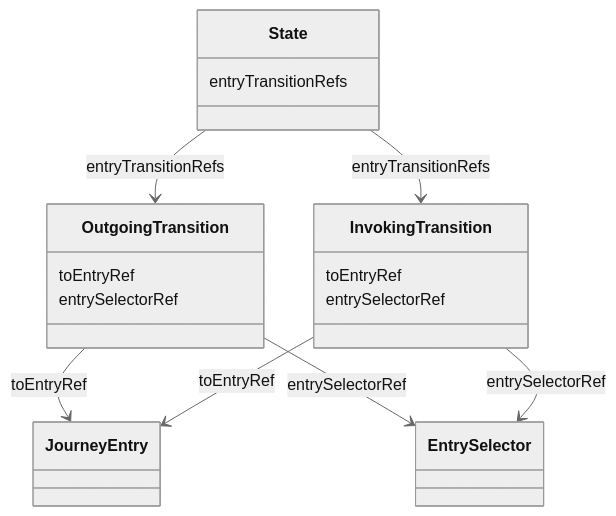
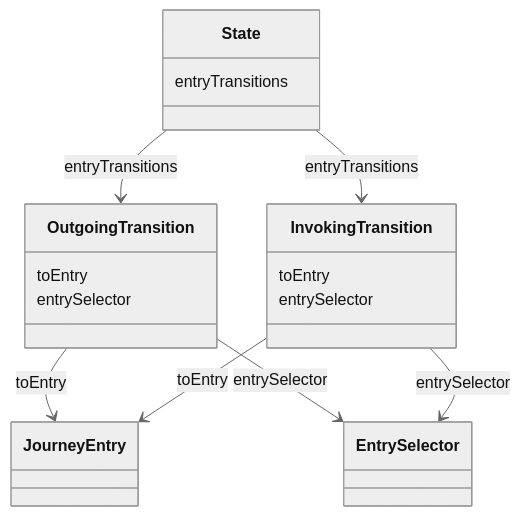
Before and after one commit to openuji/spec-ujg: the second of 15 diagrams in specs/ed/graph/index.md, drawn with Mermaid (neutral theme). The commit also changed other lines of this file and 370 other files, not shown here.

````diff
--- a/specs/ed/graph/index.md
+++ b/specs/ed/graph/index.md
@@ -119,23 +112,23 @@
 ```mermaid
 classDiagram
   class State {
-    entryTransitionRefs
+    entryTransitions
   }
   class OutgoingTransition {
-    toEntryRef
-    entrySelectorRef
+    toEntry
+    entrySelector
   }
   class InvokingTransition {
-    toEntryRef
-    entrySelectorRef
+    toEntry
+    entrySelector
   }
   class JourneyEntry
   class EntrySelector
 
-  State --> OutgoingTransition : entryTransitionRefs
-  State --> InvokingTransition : entryTransitionRefs
-  OutgoingTransition --> JourneyEntry : toEntryRef
-  InvokingTransition --> JourneyEntry : toEntryRef
-  OutgoingTransition --> EntrySelector : entrySelectorRef
-  InvokingTransition --> EntrySelector : entrySelectorRef
+  State --> OutgoingTransition : entryTransitions
+  State --> InvokingTransition : entryTransitions
+  OutgoingTransition --> JourneyEntry : toEntry
+  InvokingTransition --> JourneyEntry : toEntry
+  OutgoingTransition --> EntrySelector : entrySelector
+  InvokingTransition --> EntrySelector : entrySelector
 ```
````
